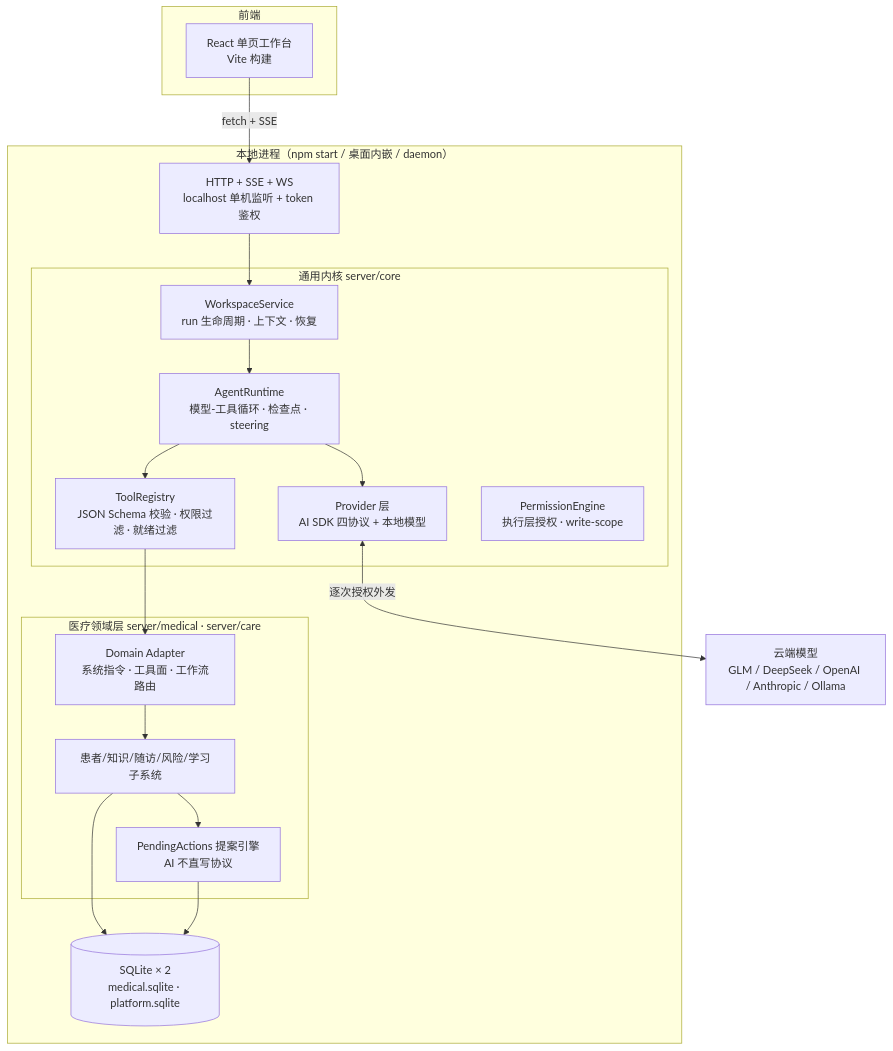
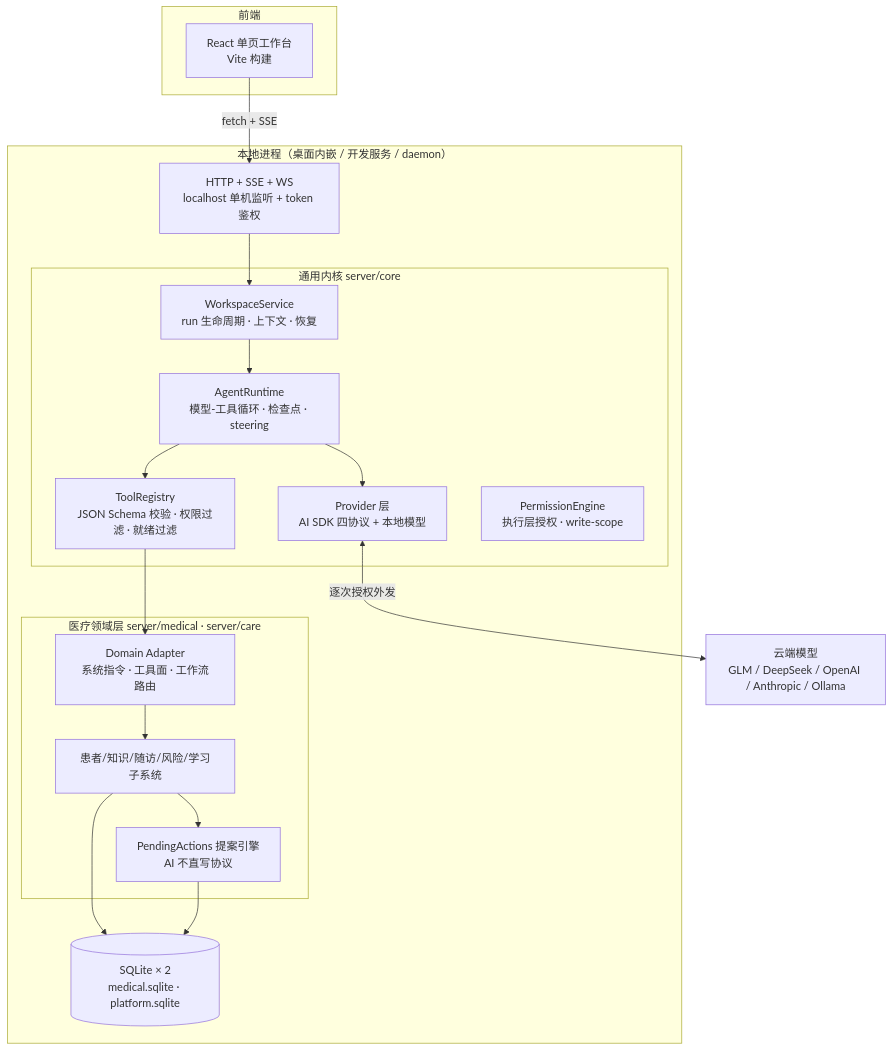
One commit to 123eyu/open-medical changed the diagram in docs/ARCHITECTURE.md. Above: the diagram before and after it, drawn with Mermaid. The commit also changed other lines of this file and 29 other files, not shown here.

````diff
--- a/docs/ARCHITECTURE.md
+++ b/docs/ARCHITECTURE.md
@@ -11,26 +11,26 @@
 ```mermaid
 flowchart TD
   subgraph 前端
     UI[React 单页工作台<br/>Vite 构建]
   end
-  subgraph 本地进程["本地进程（npm start / 桌面内嵌 / daemon）"]
+  subgraph 本地进程["本地进程（桌面内嵌 / 开发服务 / daemon）"]
     API[HTTP + SSE + WS<br/>localhost 单机监听 + token 鉴权]
     subgraph 内核["通用内核 server/core"]
       WSVC[WorkspaceService<br/>run 生命周期 · 上下文 · 恢复]
       RT[AgentRuntime<br/>模型-工具循环 · 检查点 · steering]
       REG[ToolRegistry<br/>JSON Schema 校验 · 权限过滤 · 就绪过滤]
       PROV[Provider 层<br/>AI SDK 四协议 + 本地模型]
       PERM[PermissionEngine<br/>执行层授权 · write-scope]
     end
     subgraph 医疗层["医疗领域层 server/medical · server/care"]
       DOM[Domain Adapter<br/>系统指令 · 工具面 · 工作流路由]
       PEND[PendingActions 提案引擎<br/>AI 不直写协议]
       SUB[患者/知识/随访/风险/学习子系统]
     end
     DB[(SQLite × 2<br/>medical.sqlite · platform.sqlite)]
   end
   EXT[云端模型<br/>GLM / DeepSeek / OpenAI / Anthropic / Ollama]
   UI -->|fetch + SSE| API --> WSVC --> RT --> PROV <-->|逐次授权外发| EXT
   RT --> REG --> DOM --> SUB --> DB
   SUB --> PEND --> DB
 ```
````
